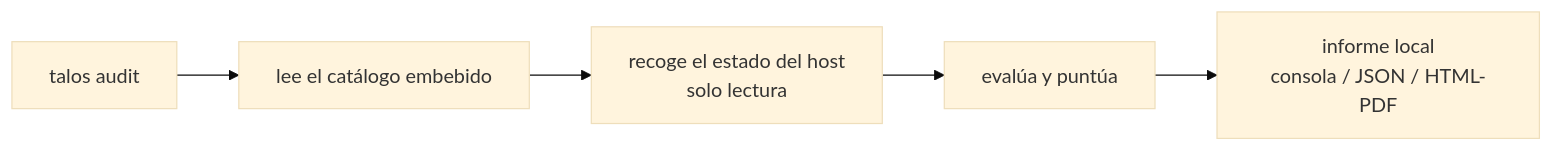
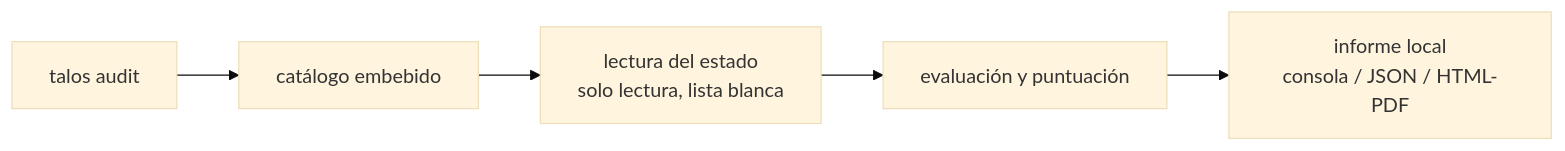
The diagram in README.md (Shotafry/Talos), drawn with Mermaid (base theme) before and after one commit. The commit also changed other lines of this file and 17 other files, not shown here.

First line of the commit message:
Talos 1.5.1 - prosa, capturas y la version del binario

````diff
--- a/README.md
+++ b/README.md
@@ -50,7 +69,7 @@
 ```mermaid
 flowchart LR
-  A[talos audit] --> B[lee el catálogo embebido]
-  B --> C[recoge el estado del host<br/>solo lectura]
-  C --> D[evalúa y puntúa]
+  A[talos audit] --> B[catálogo embebido]
+  B --> C[lectura del estado<br/>solo lectura, lista blanca]
+  C --> D[evaluación y puntuación]
   D --> E[informe local<br/>consola / JSON / HTML-PDF]
 ```
````
